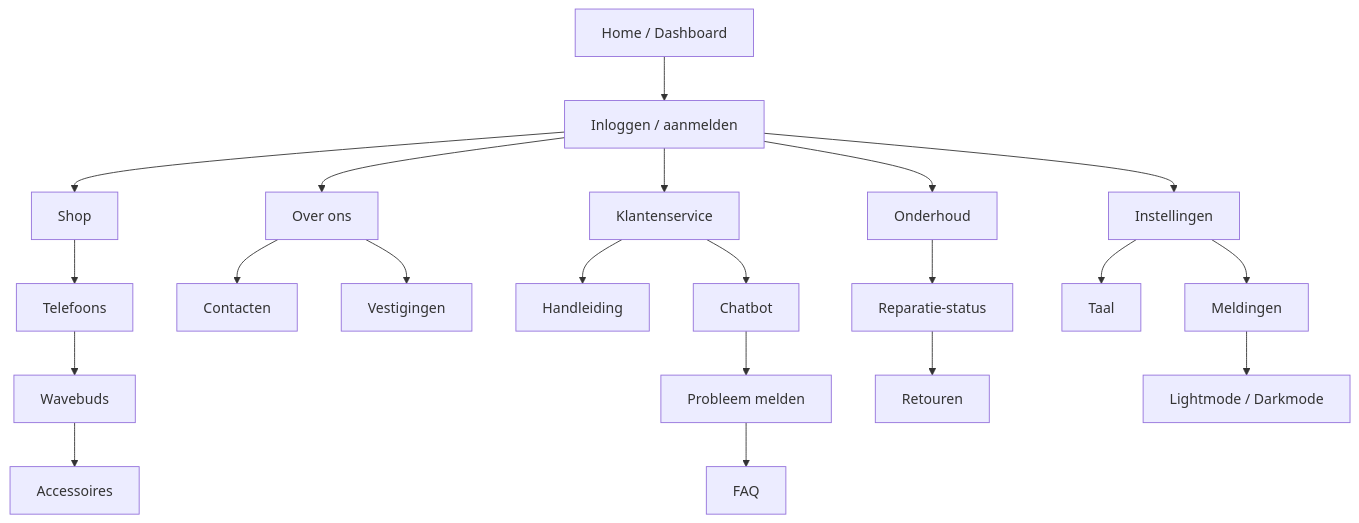
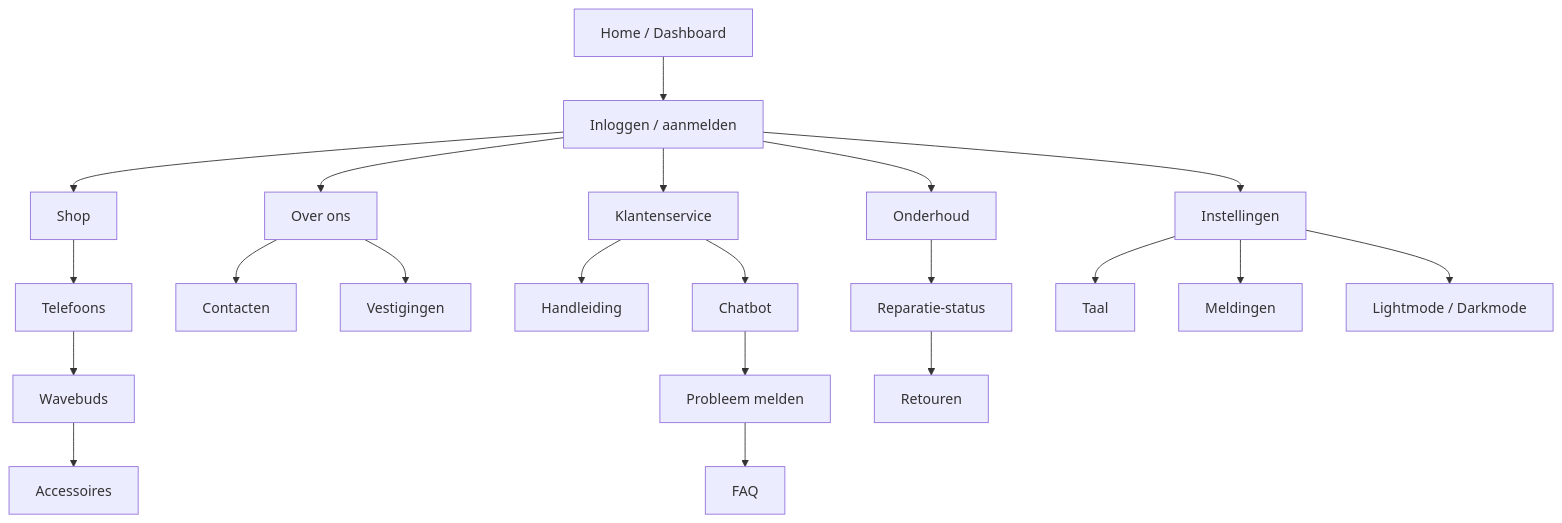
Before and after one commit to JasonTomeij/NetWave: the fourth of 4 diagrams in Introductie.MD, drawn with Mermaid.

````diff
--- a/Introductie.MD
+++ b/Introductie.MD
@@ -583,39 +583,39 @@
 ```mermaid
 graph TD
     A[Home / Dashboard] --> A1[Inloggen / aanmelden]
 
     %% Verbindingen vanaf inloggen
     A1 --> B[Shop]
     A1 --> C[Over ons]
     A1 --> D[Klantenservice]
     A1 --> E[Onderhoud]
     A1 --> F[Instellingen]
 
     %% Shop sectie
     B --> B1[Telefoons]
     B1 --> B2[Wavebuds]
     B2 --> B3[Accessoires]
 
     %% Over ons sectie
     C --> C1[Contacten]
     C --> C2[Vestigingen]
 
     %% Klantenservice sectie
     D --> D1[Handleiding]
     D --> D2[Chatbot]
     D2 --> D3[Probleem melden]
     D3 --> D4[FAQ]
 
     %% Onderhoud sectie
     E --> E1[Reparatie-status]
     E1 --> E2[Retouren]
 
     %% Instellingen sectie
     F --> F1[Taal]
     F --> F2[Meldingen]
-    F2 --> F3[Lightmode / Darkmode]
+    F --> F3[Lightmode / Darkmode]
 
 
 
 
 ```
````
